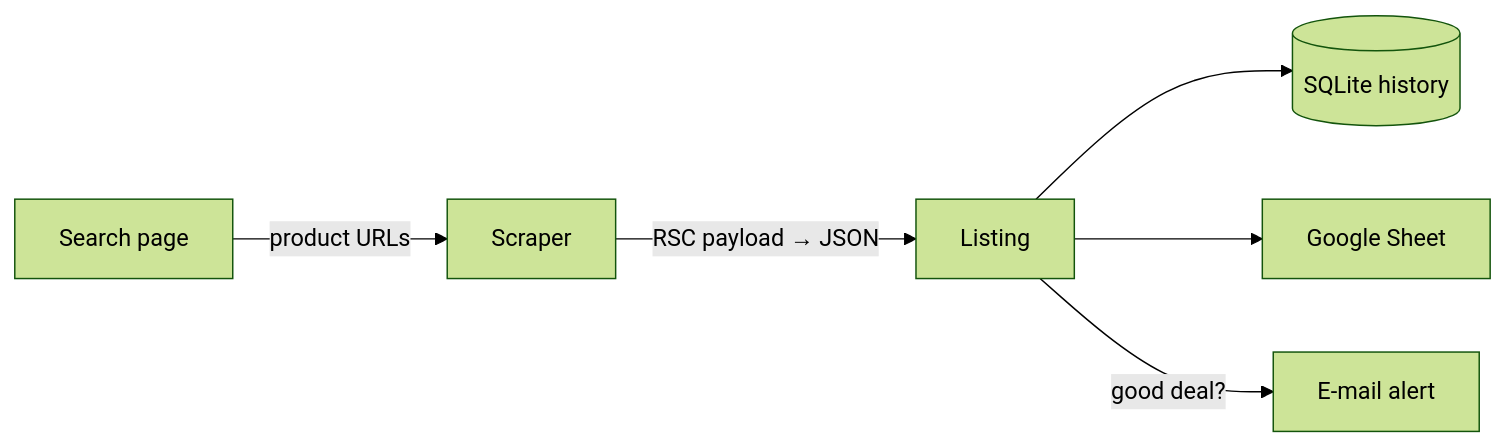
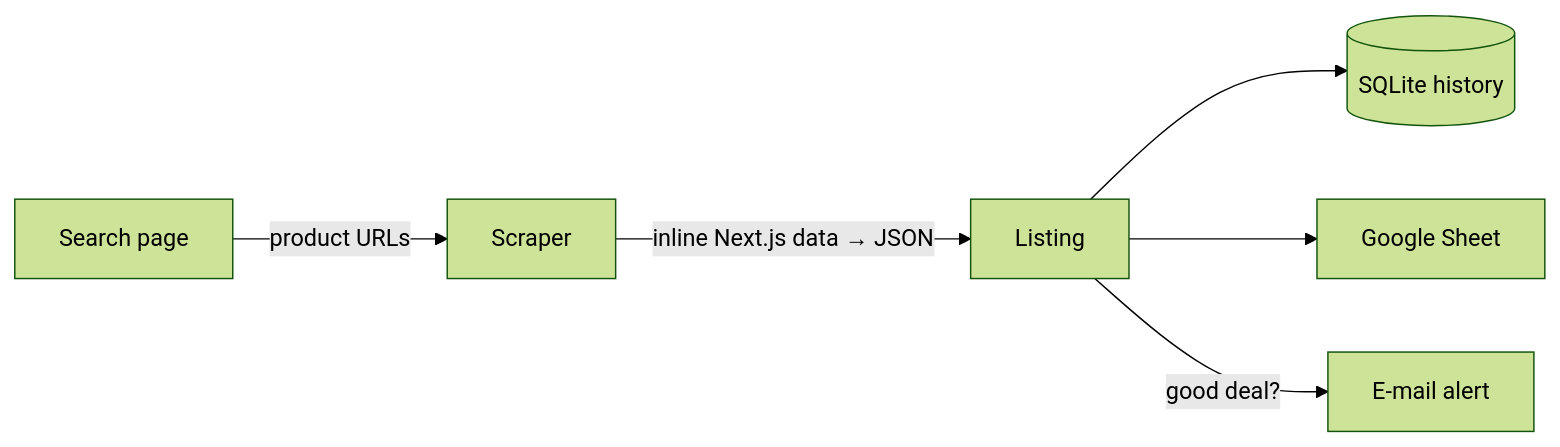
One commit to Guittagora/bike-scout changed the diagram in README.md. Above: the diagram before and after it, drawn with Mermaid (forest theme). The commit also changed other lines of this file and 7 other files, not shown here.

First line of the commit message:
Follow robots.txt: read product data from the page, not RSC endpoints

````diff
--- a/README.md
+++ b/README.md
@@ -29,8 +32,8 @@
 ```mermaid
 flowchart LR
     A[Search page] -->|product URLs| B[Scraper]
-    B -->|RSC payload → JSON| C[Listing]
+    B -->|inline Next.js data → JSON| C[Listing]
     C --> D[(SQLite history)]
     C --> E[Google Sheet]
     C -->|good deal?| F[E-mail alert]
 ```
````
